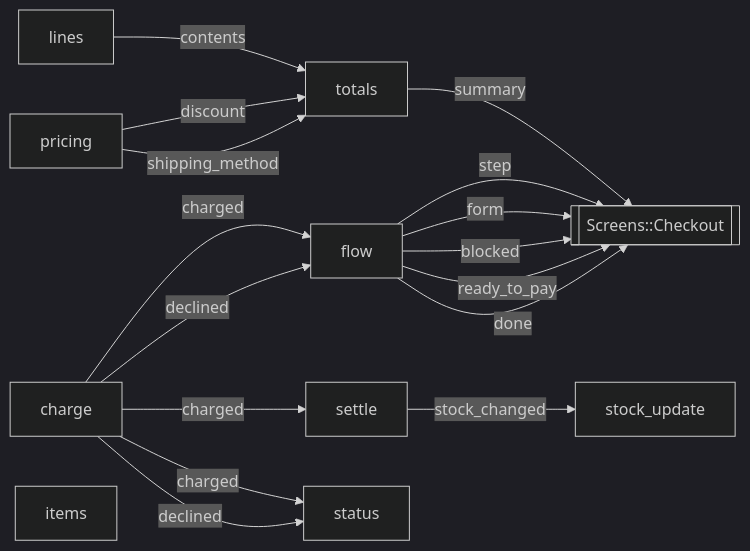
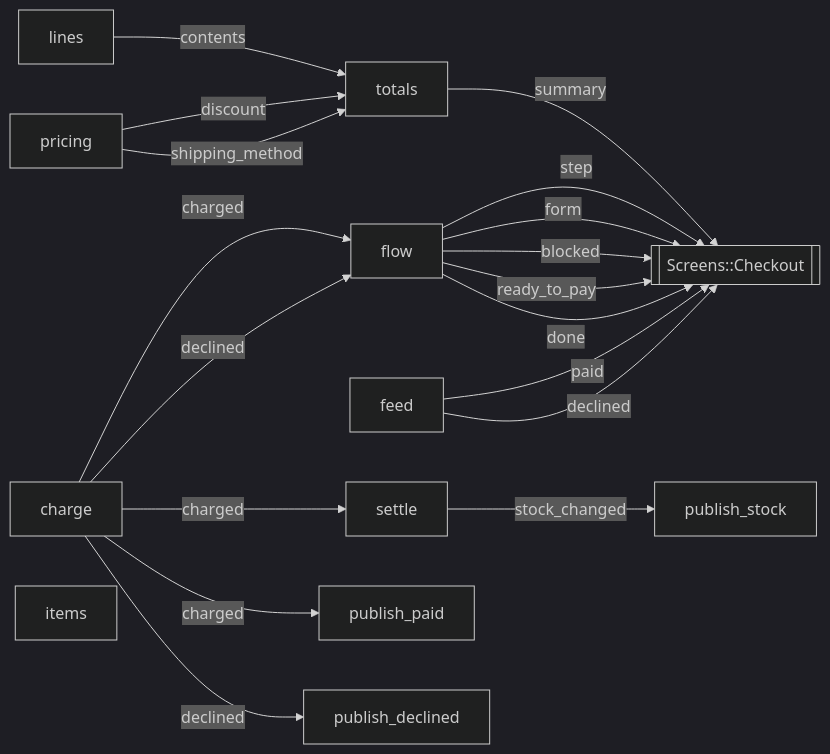
One commit to modellurgist/ala_variants_ruby changed the diagram in v07-plain-features/docs/diagrams/checkout.md. Above: the diagram before and after it, drawn with Mermaid (dark theme). The commit also changed 592 other files, not shown here.

````diff
--- a/v07-plain-features/docs/diagrams/checkout.md
+++ b/v07-plain-features/docs/diagrams/checkout.md
@@ -3,28 +3,32 @@
 ```mermaid
 flowchart LR
   screen[[Screens::Checkout]]
   lines[lines]
   pricing[pricing]
   totals[totals]
   flow[flow]
   charge[charge]
   settle[settle]
   items[items]
-  stock_update[stock_update]
-  status[status]
+  feed[feed]
+  publish_stock[publish_stock]
+  publish_paid[publish_paid]
+  publish_declined[publish_declined]
   lines -- contents --> totals
   pricing -- discount --> totals
   pricing -- shipping_method --> totals
   totals -- summary --> screen
   flow -- step --> screen
   flow -- form --> screen
   flow -- blocked --> screen
   flow -- ready_to_pay --> screen
   flow -- done --> screen
   charge -- charged --> settle
   charge -- charged --> flow
-  charge -- charged --> status
+  charge -- charged --> publish_paid
   charge -- declined --> flow
-  charge -- declined --> status
-  settle -- stock_changed --> stock_update
+  charge -- declined --> publish_declined
+  settle -- stock_changed --> publish_stock
+  feed -- paid --> screen
+  feed -- declined --> screen
 ```
````
